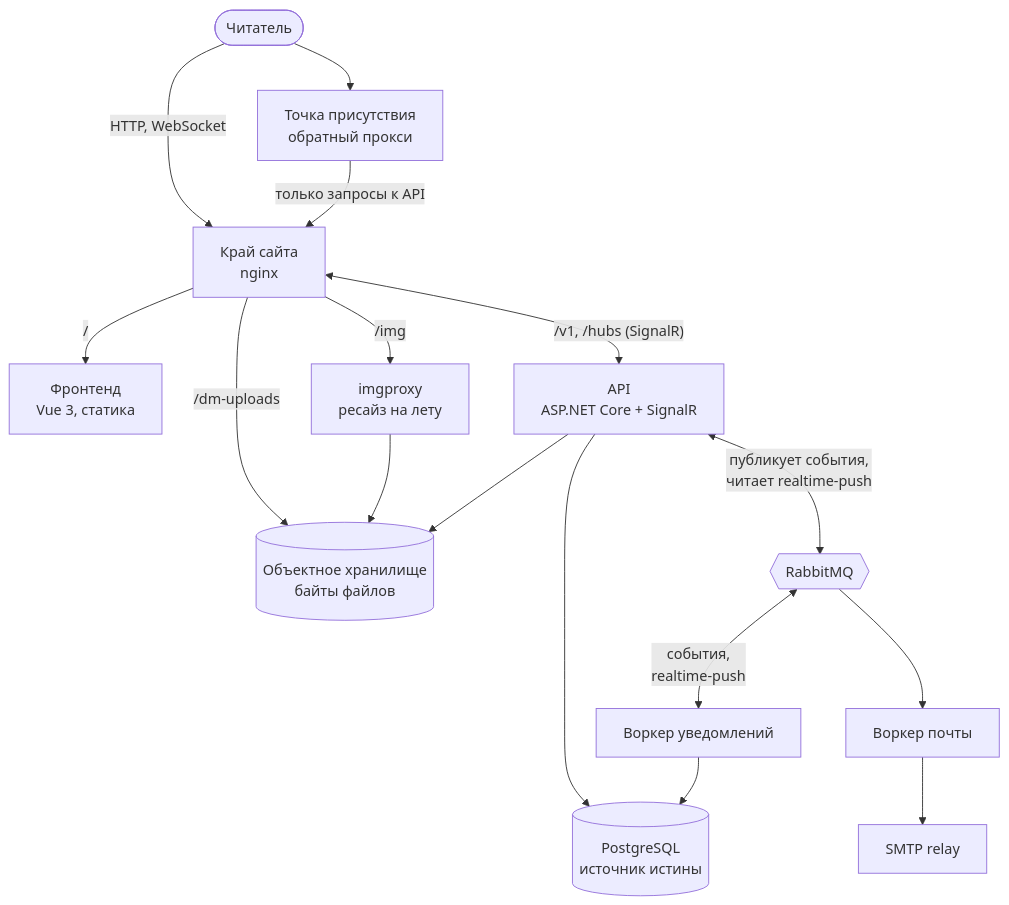
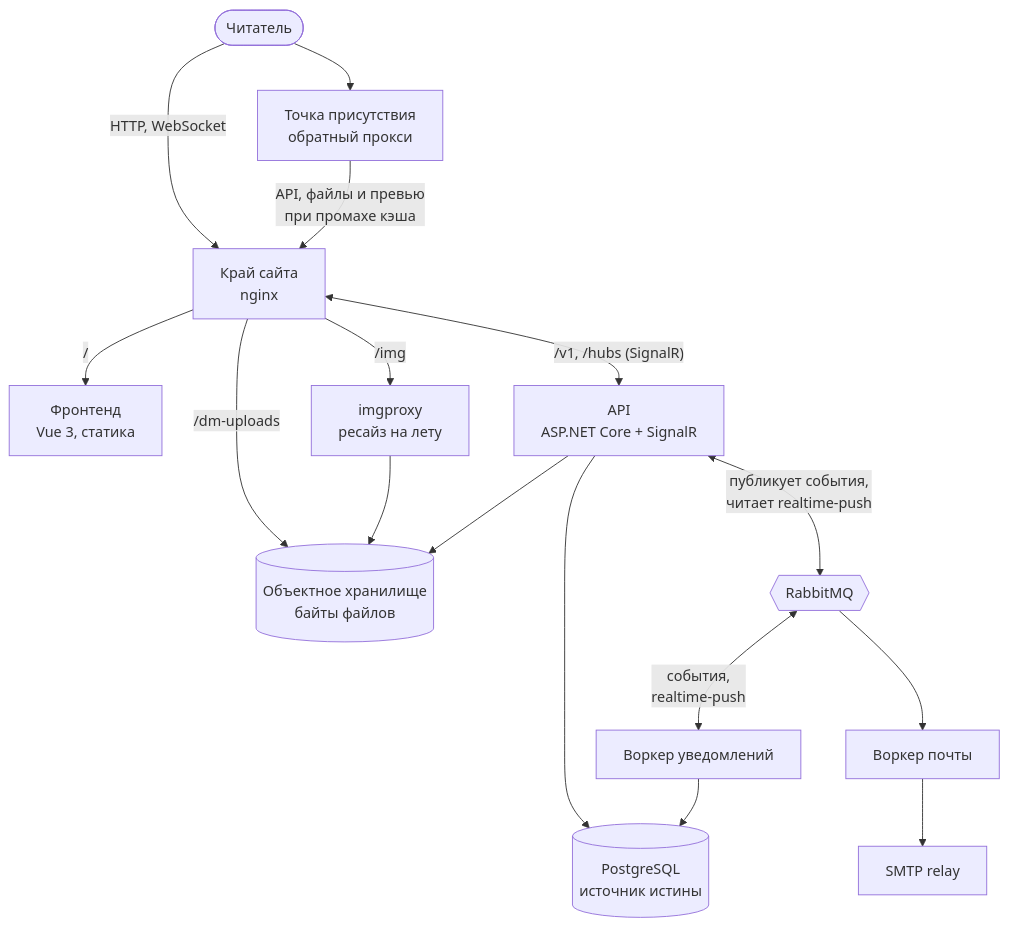
One commit to dm-am/dm3 changed the first of 3 diagrams in docs/architecture/SYSTEM.md. Above: the diagram before and after it, drawn with Mermaid. The commit also changed other lines of this file and 62 other files, not shown here.

````diff
--- a/docs/architecture/SYSTEM.md
+++ b/docs/architecture/SYSTEM.md
@@ -42,31 +34,31 @@
 ```mermaid
 flowchart TB
     reader(["Читатель"])
     pop["Точка присутствия<br/>обратный прокси"]
     edge["Край сайта<br/>nginx"]
     spa["Фронтенд<br/>Vue 3, статика"]
     api["API<br/>ASP.NET Core + SignalR"]
     img["imgproxy<br/>ресайз на лету"]
     s3[("Объектное хранилище<br/>байты файлов")]
     pg[("PostgreSQL<br/>источник истины")]
     rmq{{"RabbitMQ"}}
     wmail["Воркер почты"]
     wnotify["Воркер уведомлений"]
     smtp["SMTP relay"]
 
     reader -->|"HTTP, WebSocket"| edge
     reader --> pop
-    pop -->|"только запросы к API"| edge
+    pop -->|"API, файлы и превью<br/>при промахе кэша"| edge
     edge -->|"/"| spa
     edge <-->|"/v1, /hubs (SignalR)"| api
     edge -->|"/img"| img
     edge -->|"/dm-uploads"| s3
     img --> s3
     api --> pg
     api --> s3
     api <-->|"публикует события,<br/>читает realtime-push"| rmq
     rmq --> wmail
     rmq <-->|"события,<br/>realtime-push"| wnotify
     wnotify --> pg
     wmail --> smtp
 ```
````
